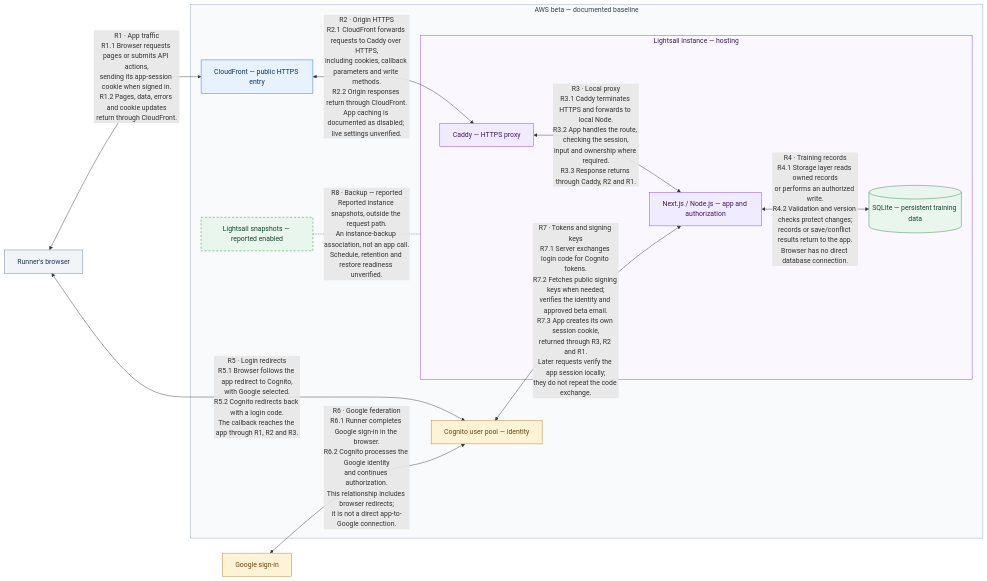
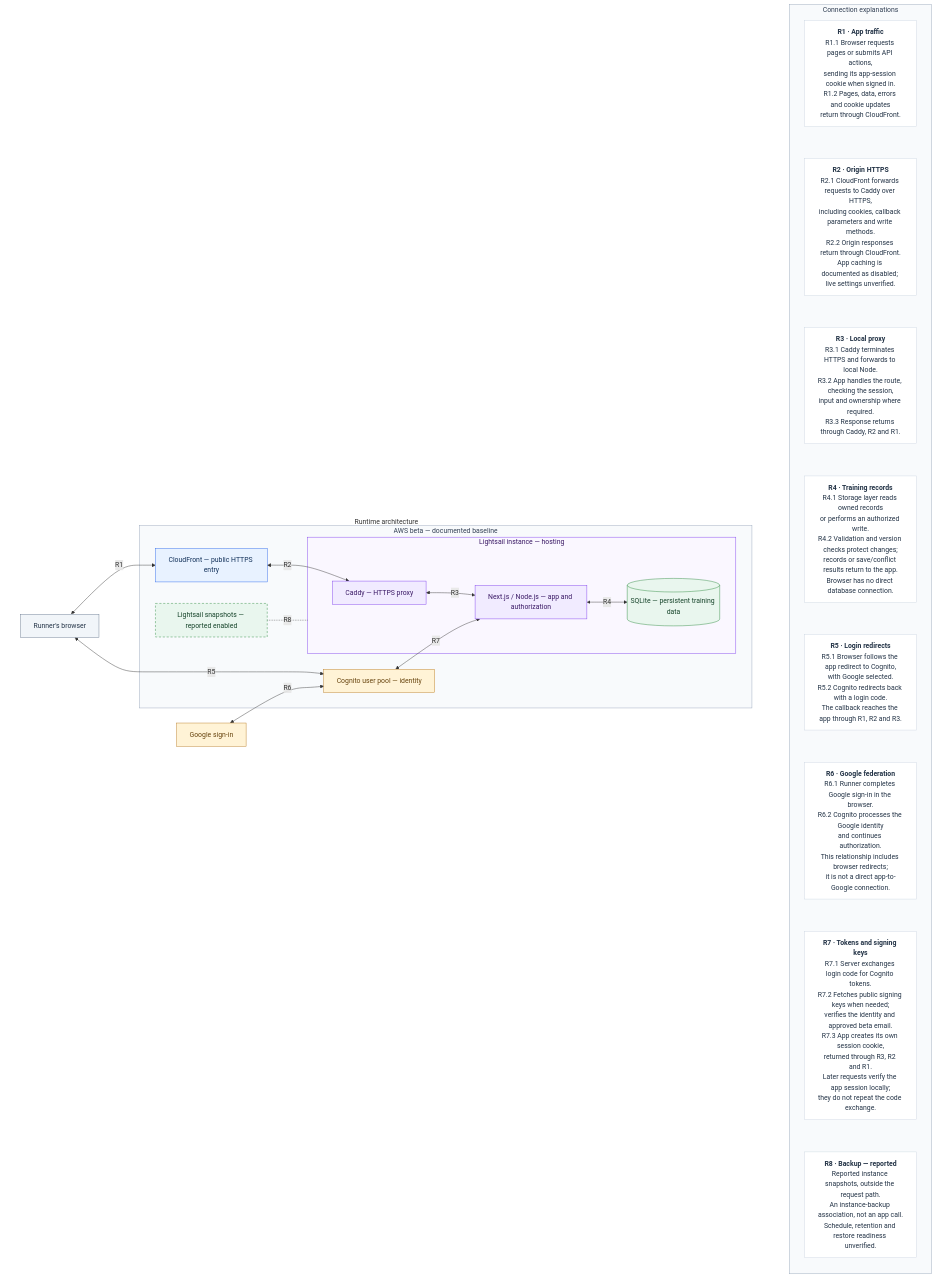
Before and after one commit to HewieTran/forrest-runs: the first of 2 diagrams in docs/architecture.md, drawn with Mermaid. The commit also changed other lines of this file, not shown here.

Commit message:
docs: place connection explanations beside architecture diagrams

````diff
--- a/docs/architecture.md
+++ b/docs/architecture.md
@@ -60,5 +61,7 @@
 ```mermaid
 flowchart LR
+    subgraph runtimeView["Runtime architecture"]
+        direction LR
     browser["Runner's browser"]
     google["Google sign-in"]
 
@@ -70,53 +73,76 @@
             caddy["Caddy — HTTPS proxy"]
             app["Next.js / Node.js — app and authorization"]
             db[("SQLite — persistent training data")]
-            caddy <-->|"`R3 · Local proxy
+            caddy <-->|"R3"| app
+            app <-->|"R4"| db
+        end
+        edge <-->|"R2"| caddy
+        cognito <-->|"R7"| app
+        snapshots -.-|"R8"| host
+    end
+
+    browser <-->|"R1"| edge
+    browser <-->|"R5"| cognito
+    google <-->|"R6"| cognito
+
+    end
+
+    subgraph runtimeGuide["Connection explanations"]
+        direction TB
+        noteR1["`**R1 · App traffic**
+R1.1 Browser requests pages or submits API actions,
+sending its app-session cookie when signed in.
+R1.2 Pages, data, errors and cookie updates
+return through CloudFront.`"]
+        noteR2["`**R2 · Origin HTTPS**
+R2.1 CloudFront forwards requests to Caddy over HTTPS,
+including cookies, callback parameters and write methods.
+R2.2 Origin responses return through CloudFront.
+App caching is documented as disabled; live settings unverified.`"]
+        noteR3["`**R3 · Local proxy**
 R3.1 Caddy terminates HTTPS and forwards to local Node.
 R3.2 App handles the route, checking the session,
 input and ownership where required.
-R3.3 Response returns through Caddy, R2 and R1.`"| app
-            app <-->|"`R4 · Training records
+R3.3 Response returns through Caddy, R2 and R1.`"]
+        noteR4["`**R4 · Training records**
 R4.1 Storage layer reads owned records
 or performs an authorized write.
 R4.2 Validation and version checks protect changes;
 records or save/conflict results return to the app.
-Browser has no direct database connection.`"| db
-        end
-        edge <-->|"`R2 · Origin HTTPS
-R2.1 CloudFront forwards requests to Caddy over HTTPS,
-including cookies, callback parameters and write methods.
-R2.2 Origin responses return through CloudFront.
-App caching is documented as disabled; live settings unverified.`"| caddy
-        cognito <-->|"`R7 · Tokens and signing keys
+Browser has no direct database connection.`"]
+        noteR5["`**R5 · Login redirects**
+R5.1 Browser follows the app redirect to Cognito,
+with Google selected.
+R5.2 Cognito redirects back with a login code.
+The callback reaches the app through R1, R2 and R3.`"]
+        noteR6["`**R6 · Google federation**
+R6.1 Runner completes Google sign-in in the browser.
+R6.2 Cognito processes the Google identity
+and continues authorization.
+This relationship includes browser redirects;
+it is not a direct app-to-Google connection.`"]
+        noteR7["`**R7 · Tokens and signing keys**
 R7.1 Server exchanges login code for Cognito tokens.
 R7.2 Fetches public signing keys when needed;
 verifies the identity and approved beta email.
 R7.3 App creates its own session cookie,
 returned through R3, R2 and R1.
 Later requests verify the app session locally;
-they do not repeat the code exchange.`"| app
-        snapshots -.-|"`R8 · Backup — reported
+they do not repeat the code exchange.`"]
+        noteR8["`**R8 · Backup — reported**
 Reported instance snapshots, outside the request path.
 An instance-backup association, not an app call.
-Schedule, retention and restore readiness unverified.`"| host
+Schedule, retention and restore readiness unverified.`"]
+        noteR1 ~~~ noteR2
+        noteR2 ~~~ noteR3
+        noteR3 ~~~ noteR4
+        noteR4 ~~~ noteR5
+        noteR5 ~~~ noteR6
+        noteR6 ~~~ noteR7
+        noteR7 ~~~ noteR8
     end
 
-    browser <-->|"`R1 · App traffic
-R1.1 Browser requests pages or submits API actions,
-sending its app-session cookie when signed in.
-R1.2 Pages, data, errors and cookie updates
-return through CloudFront.`"| edge
-    browser <-->|"`R5 · Login redirects
-R5.1 Browser follows the app redirect to Cognito,
-with Google selected.
-R5.2 Cognito redirects back with a login code.
-The callback reaches the app through R1, R2 and R3.`"| cognito
-    google <-->|"`R6 · Google federation
-R6.1 Runner completes Google sign-in in the browser.
-R6.2 Cognito processes the Google identity
-and continues authorization.
-This relationship includes browser redirects;
-it is not a direct app-to-Google connection.`"| cognito
+    runtimeView ~~~ runtimeGuide
 
     classDef client fill:#F1F5F9,stroke:#64748B,color:#243447
     classDef network fill:#E8F2FF,stroke:#2563EB,color:#12315A
@@ -132,4 +158,8 @@
     class snapshots reported
     style aws fill:#F8FAFC,stroke:#94A3B8,color:#334155
     style host fill:#FAF7FF,stroke:#7C3AED,color:#3B1A66
+    classDef explanation fill:#FFFFFF,stroke:#CBD5E1,color:#243447
+    class noteR1,noteR2,noteR3,noteR4,noteR5,noteR6,noteR7,noteR8 explanation
+    style runtimeView fill:transparent,stroke:transparent
+    style runtimeGuide fill:#F8FAFC,stroke:#94A3B8,color:#334155
 ```
````
